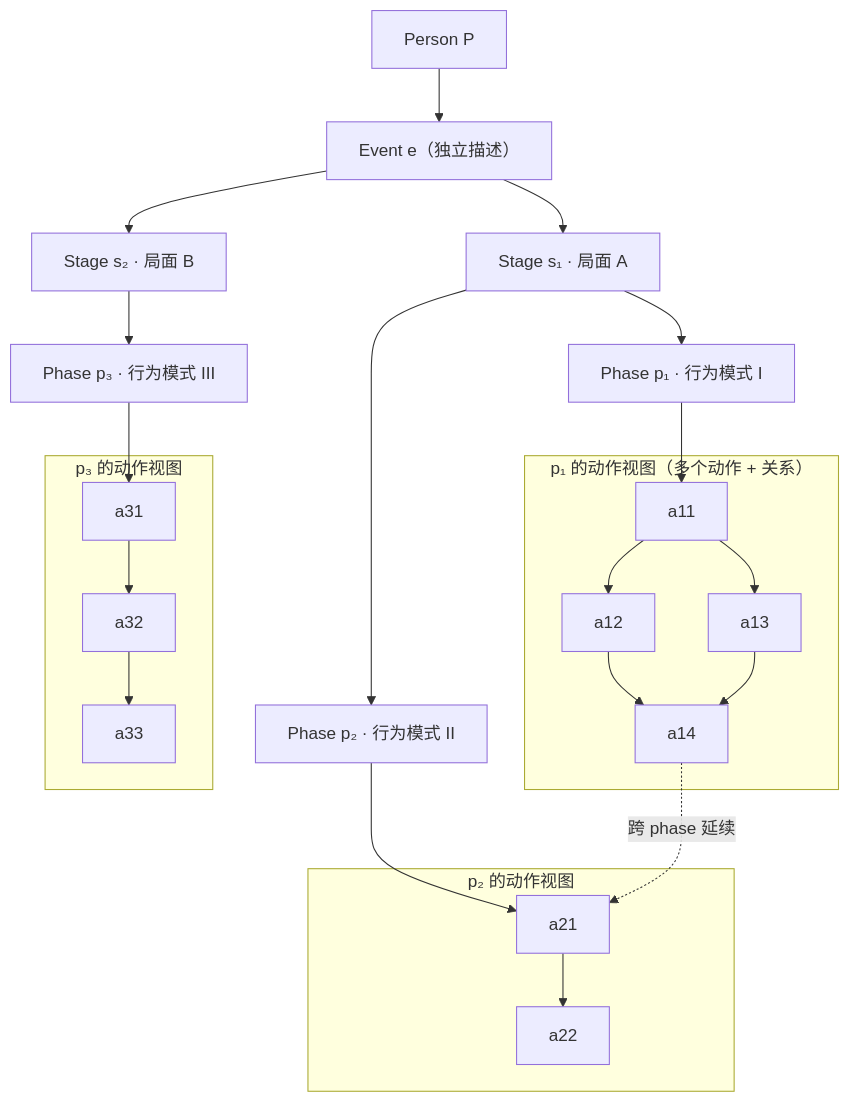
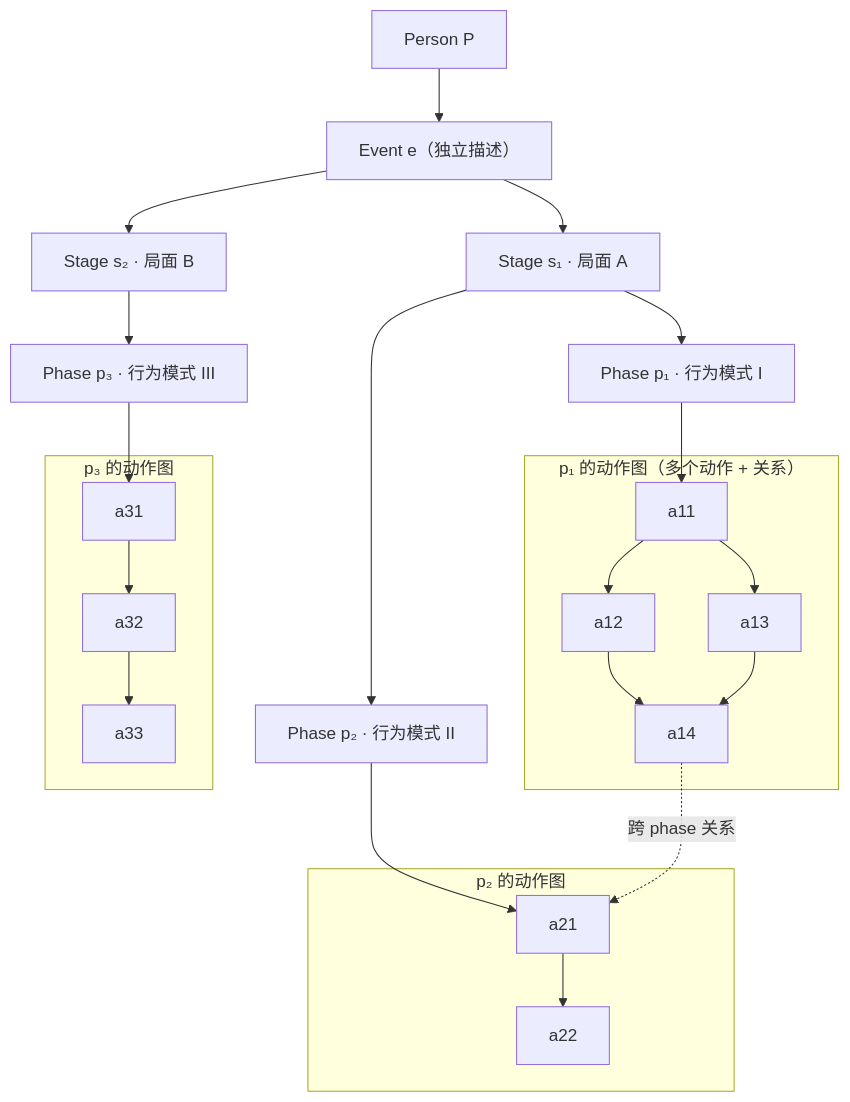
The second of 5 diagrams in docs/structures/1-hierarchy.md (AgenticFinLab/FinMycelium), drawn with Mermaid before and after one commit. The commit also changed other lines of this file and 7 other files, not shown here.

First line of the commit message:
docs: simplify to strict hierarchical action-graph composition

````diff
--- a/docs/structures/1-hierarchy.md
+++ b/docs/structures/1-hierarchy.md
@@ -80,25 +80,25 @@
 ```mermaid
 flowchart TB
     P["Person P"] --> E["Event e（独立描述）"]
     E --> S1["Stage s₁ · 局面 A"]
     E --> S2["Stage s₂ · 局面 B"]
     S1 --> PH1["Phase p₁ · 行为模式 I"]
     S1 --> PH2["Phase p₂ · 行为模式 II"]
     S2 --> PH3["Phase p₃ · 行为模式 III"]
-    subgraph G1["p₁ 的动作视图（多个动作 + 关系）"]
+    subgraph G1["p₁ 的动作图（多个动作 + 关系）"]
         a11["a11"] --> a12["a12"]
         a11 --> a13["a13"]
         a12 --> a14["a14"]
         a13 --> a14
     end
-    subgraph G2["p₂ 的动作视图"]
+    subgraph G2["p₂ 的动作图"]
         a21["a21"] --> a22["a22"]
     end
-    subgraph G3["p₃ 的动作视图"]
+    subgraph G3["p₃ 的动作图"]
         a31["a31"] --> a32["a32"] --> a33["a33"]
     end
     PH1 --> a11
     PH2 --> a21
     PH3 --> a31
-    a14 -.->|跨 phase 延续| a21
+    a14 -.->|跨 phase 关系| a21
 ```
````
